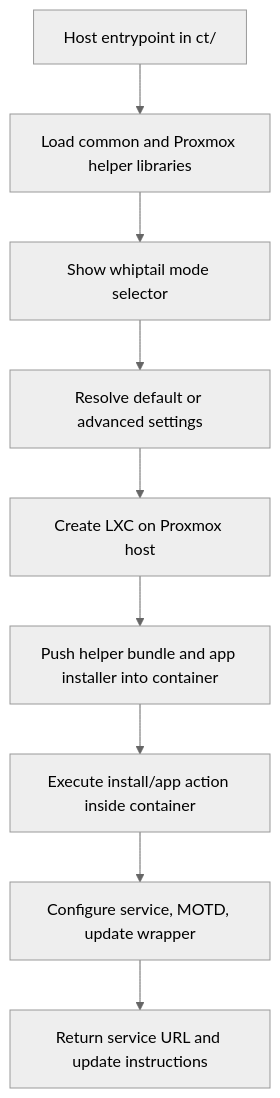
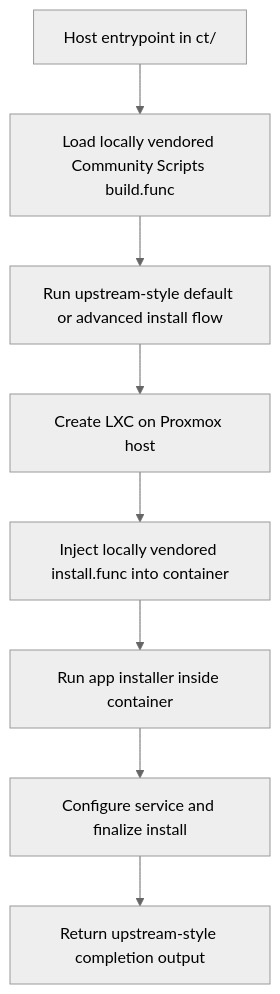
Before and after one commit to AKruimink/HomeLab: the first of 2 diagrams in docs/proxmox-framework.md, drawn with Mermaid (neutral theme). The commit also changed other lines of this file and 11 other files, not shown here.

First line of the commit message:
Vendor upstream Semaphore helper flow

````diff
--- a/docs/proxmox-framework.md
+++ b/docs/proxmox-framework.md
@@ -31,11 +31,10 @@
 ```mermaid
 flowchart TD
-    A[Host entrypoint in ct/] --> B[Load common and Proxmox helper libraries]
-    B --> C[Show whiptail mode selector]
-    C --> D[Resolve default or advanced settings]
-    D --> E[Create LXC on Proxmox host]
-    E --> F[Push helper bundle and app installer into container]
-    F --> G[Execute install/app action inside container]
-    G --> H[Configure service, MOTD, update wrapper]
-    H --> I[Return service URL and update instructions]
+    A[Host entrypoint in ct/] --> B[Load locally vendored Community Scripts build.func]
+    B --> C[Run upstream-style default or advanced install flow]
+    C --> D[Create LXC on Proxmox host]
+    D --> E[Inject locally vendored install.func into container]
+    E --> F[Run app installer inside container]
+    F --> G[Configure service and finalize install]
+    G --> H[Return upstream-style completion output]
 ```
````
